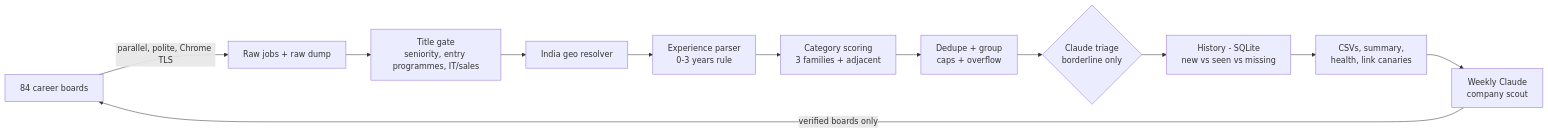
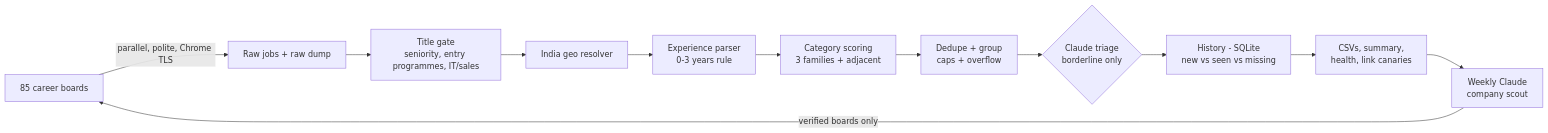
One commit to ishanthakur526-droid/job-scraper-fleet-v2 changed the diagram in README.md. Above: the diagram before and after it, drawn with Mermaid.

Commit message:
README: correct board count in the run diagram

````diff
--- a/README.md
+++ b/README.md
@@ -33,14 +33,14 @@
 ```mermaid
 flowchart LR
-  A[84 career boards] -->|parallel, polite, Chrome TLS| B[Raw jobs + raw dump]
+  A[85 career boards] -->|parallel, polite, Chrome TLS| B[Raw jobs + raw dump]
   B --> C[Title gate<br/>seniority, entry programmes, IT/sales]
   C --> D[India geo resolver]
   D --> E[Experience parser<br/>0-3 years rule]
   E --> F[Category scoring<br/>3 families + adjacent]
   F --> G[Dedupe + group<br/>caps + overflow]
   G --> H{Claude triage<br/>borderline only}
   H --> I[History - SQLite<br/>new vs seen vs missing]
   I --> J[CSVs, summary,<br/>health, link canaries]
   J --> K[Weekly Claude<br/>company scout]
   K -->|verified boards only| A
 ```
````
